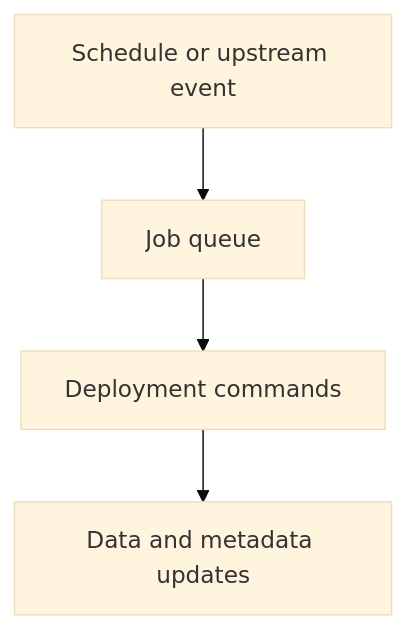
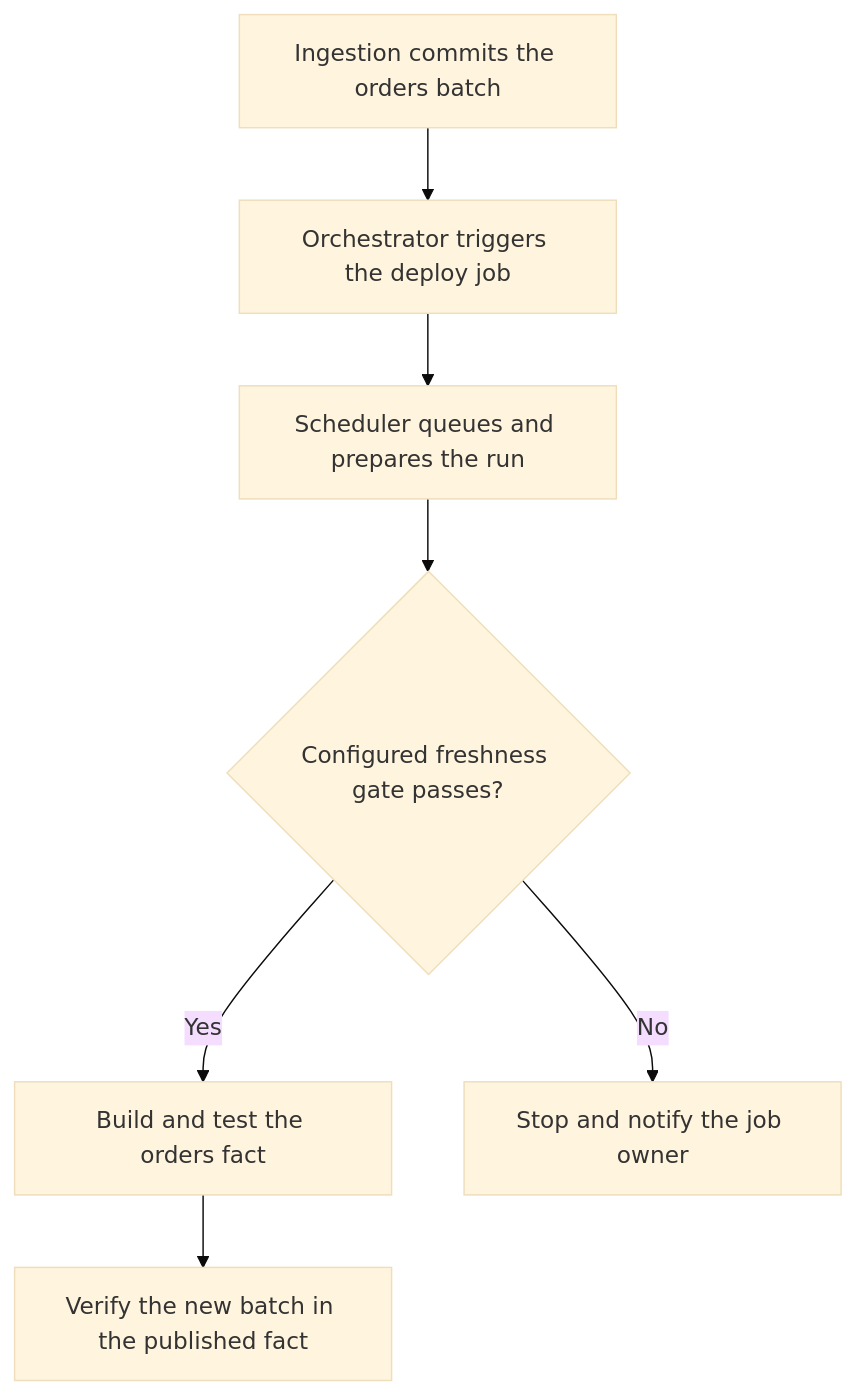
One commit to Rohit1024/dbt-learn changed the diagram in docs/lessons/0022-deploy-jobs-triggers-and-scheduling.md. Above: the diagram before and after it, drawn with Mermaid (base theme). The commit also changed other lines of this file and 4 other files, not shown here.

````diff
--- a/docs/lessons/0022-deploy-jobs-triggers-and-scheduling.md
+++ b/docs/lessons/0022-deploy-jobs-triggers-and-scheduling.md
@@ -7,8 +16,10 @@
 ```mermaid
 flowchart TD
-    A["Schedule or upstream event"]
-    B["Job queue"]
-    C["Deployment commands"]
-    D["Data and metadata updates"]
-    A --> B --> C --> D
+    A["Ingestion commits the orders batch"]
+    A --> B["Orchestrator triggers the deploy job"]
+    B --> C["Scheduler queues and prepares the run"]
+    C --> D{"Configured freshness gate passes?"}
+    D -->|Yes| E["Build and test the orders fact"]
+    D -->|No| F["Stop and notify the job owner"]
+    E --> G["Verify the new batch in the published fact"]
 ```
````
